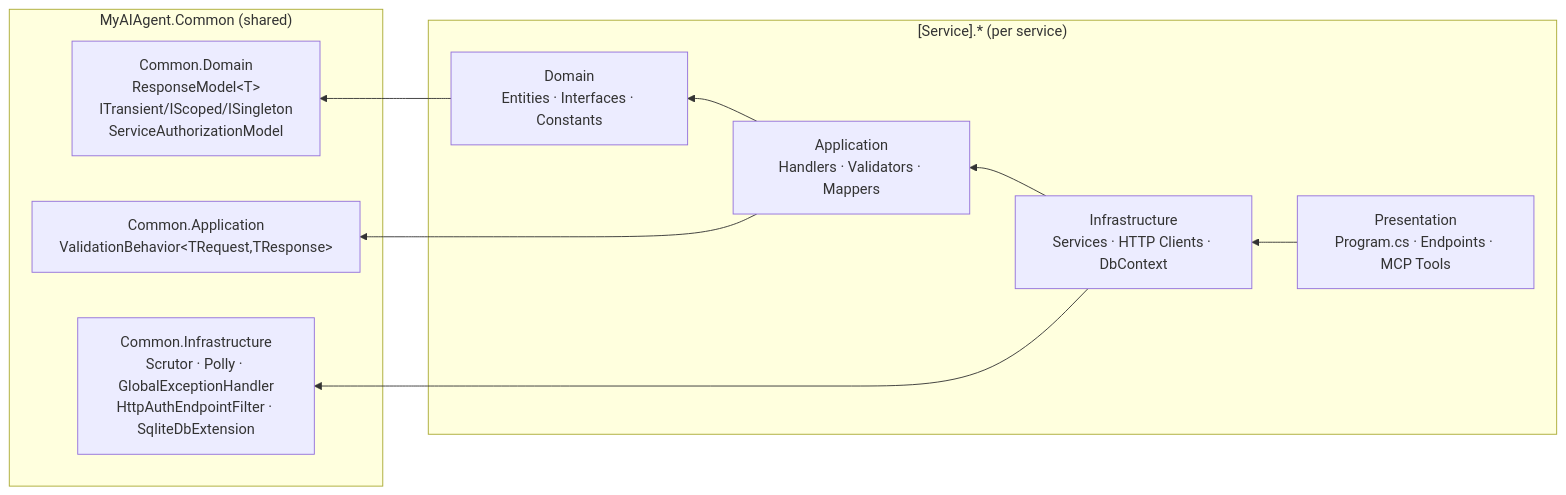
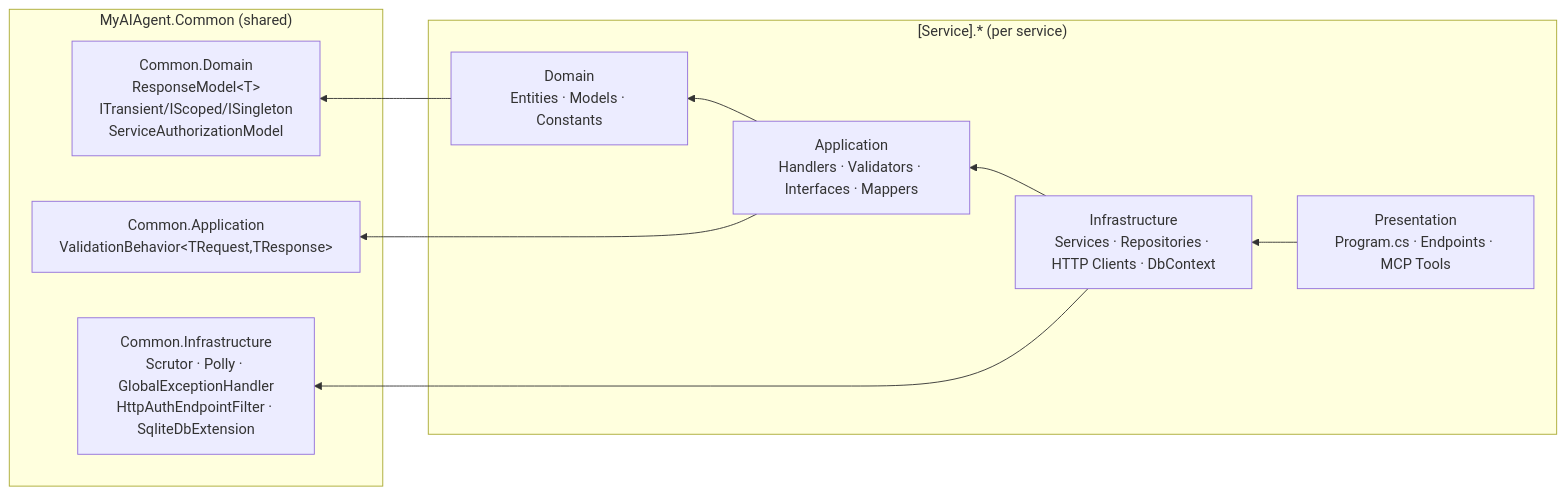
The second of 2 diagrams in README.md (khuongpham1995/MyAIAgent), drawn with Mermaid before and after one commit. The commit also changed 81 other files, not shown here.

First line of the commit message:
refactor(architecture): align service boundaries and persistence

````diff
--- a/README.md
+++ b/README.md
@@ -49,20 +49,20 @@
 ```mermaid
 graph RL
     subgraph Common ["MyAIAgent.Common (shared)"]
         CD["Common.Domain<br/>ResponseModel&lt;T&gt;<br/>ITransient/IScoped/ISingleton<br/>ServiceAuthorizationModel"]
         CA["Common.Application<br/>ValidationBehavior&lt;TRequest,TResponse&gt;"]
         CI["Common.Infrastructure<br/>Scrutor · Polly · GlobalExceptionHandler<br/>HttpAuthEndpointFilter · SqliteDbExtension"]
     end
 
     subgraph Service ["[Service].* (per service)"]
-        D["Domain<br/>Entities · Interfaces · Constants"]
-        A["Application<br/>Handlers · Validators · Mappers"]
-        I["Infrastructure<br/>Services · HTTP Clients · DbContext"]
+        D["Domain<br/>Entities · Models · Constants"]
+        A["Application<br/>Handlers · Validators · Interfaces · Mappers"]
+        I["Infrastructure<br/>Services · Repositories · HTTP Clients · DbContext"]
         P["Presentation<br/>Program.cs · Endpoints · MCP Tools"]
     end
 
     P --> I --> A --> D
     D --> CD
     A --> CA
     I --> CI
 ```
````
